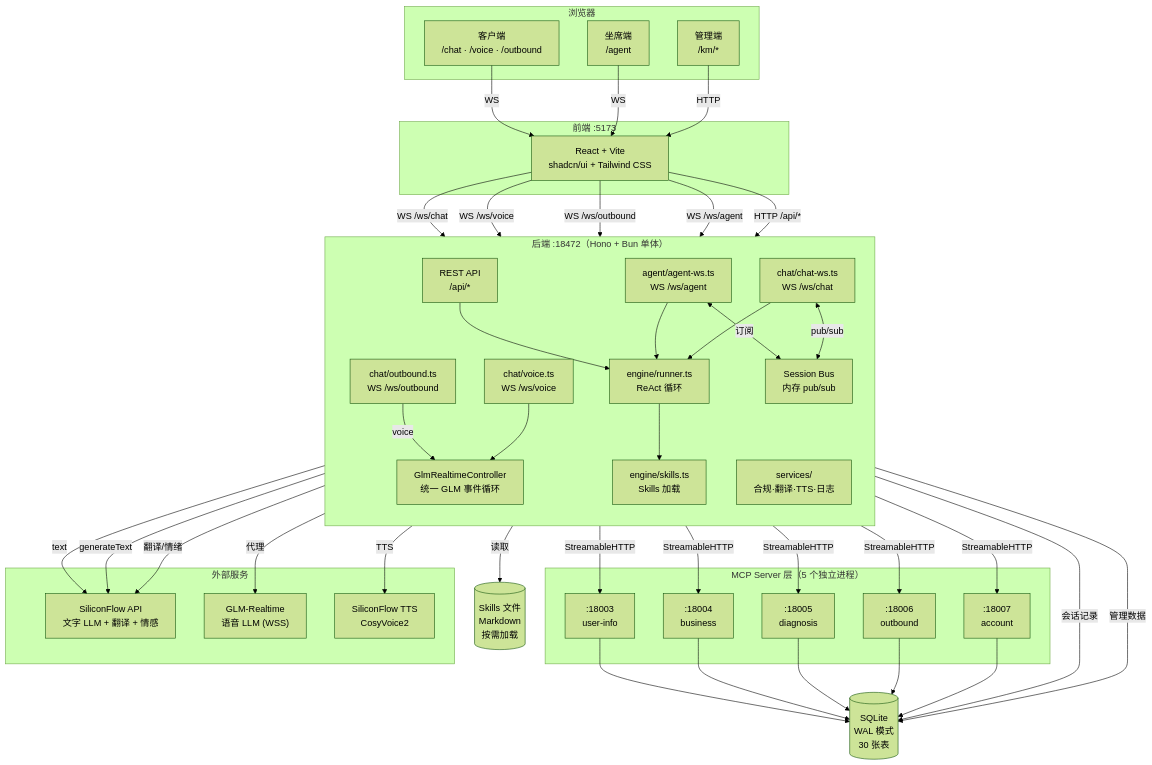
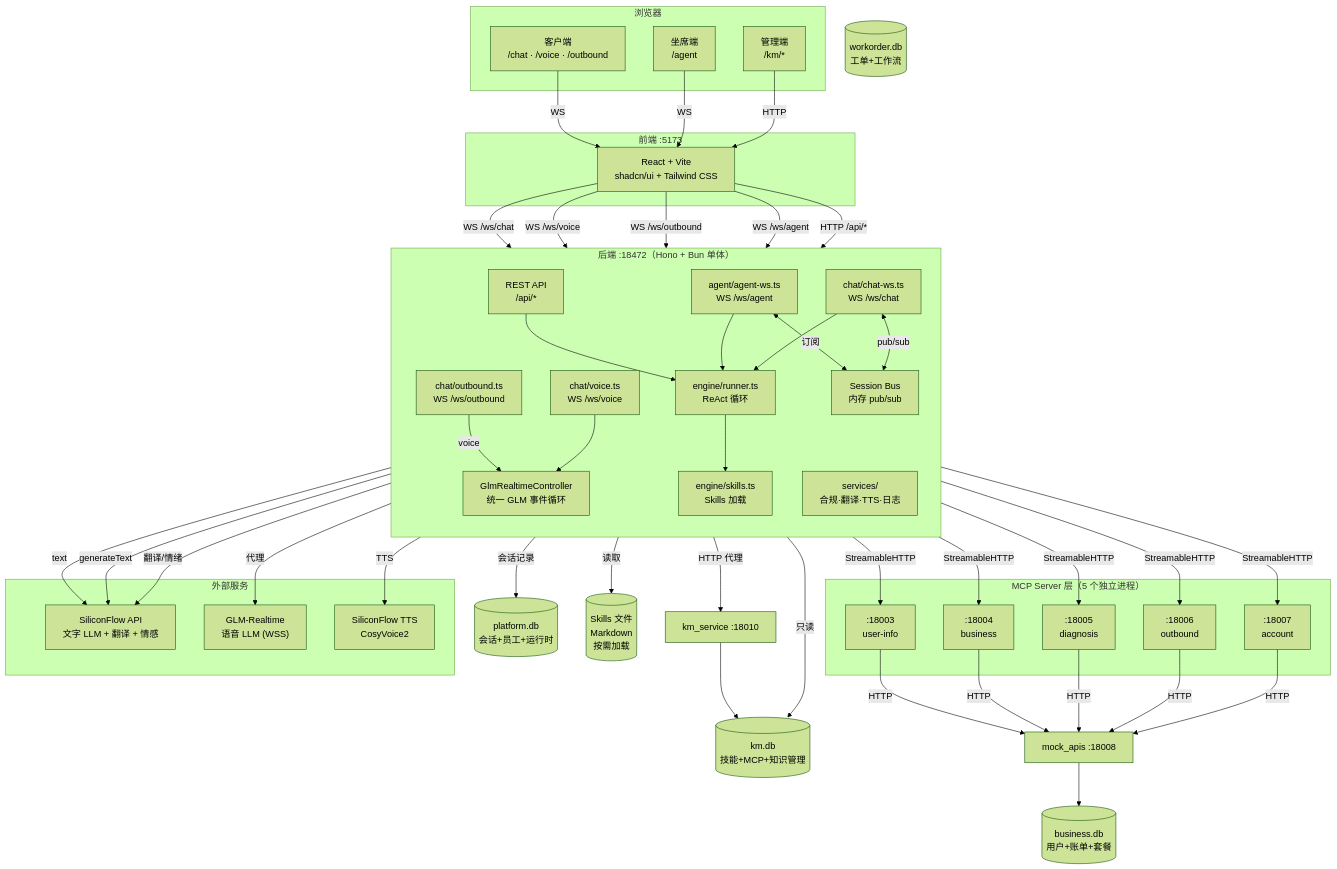
Before and after one commit to cacling/ai-bot: the first of 2 diagrams in .specify/specs/000-baseline/plan.md, drawn with Mermaid (forest theme). The commit also changed other lines of this file and 31 other files, not shown here.

````diff
--- a/.specify/specs/000-baseline/plan.md
+++ b/.specify/specs/000-baseline/plan.md
@@ -69,7 +69,10 @@
         TTS_API["SiliconFlow TTS<br/>CosyVoice2"]
     end
 
-    DB[("SQLite<br/>WAL 模式<br/>30 张表")]
+    DB_KM[("km.db<br/>技能+MCP+知识管理")]
+    DB_PLAT[("platform.db<br/>会话+员工+运行时")]
+    DB_BIZ[("business.db<br/>用户+账单+套餐")]
+    DB_WO[("workorder.db<br/>工单+工作流")]
     SK[("Skills 文件<br/>Markdown<br/>按需加载")]
 
     U -->|"WS"| FE
@@ -104,11 +107,14 @@
     SVC -->|"翻译/情绪"| SF
     SVC -->|"TTS"| TTS_API
 
-    MCP1 --> DB
-    MCP2 --> DB
-    MCP3 --> DB
-    MCP4 --> DB
-    MCP5 --> DB
-    ENGINE -->|"会话记录"| DB
-    REST -->|"管理数据"| DB
+    MCP1 -->|"HTTP"| MCP_MOCK["mock_apis :18008"]
+    MCP2 -->|"HTTP"| MCP_MOCK
+    MCP3 -->|"HTTP"| MCP_MOCK
+    MCP4 -->|"HTTP"| MCP_MOCK
+    MCP5 -->|"HTTP"| MCP_MOCK
+    MCP_MOCK --> DB_BIZ
+    ENGINE -->|"会话记录"| DB_PLAT
+    ENGINE -->|"只读"| DB_KM
+    REST -->|"HTTP 代理"| KM_SVC["km_service :18010"]
+    KM_SVC --> DB_KM
 ```
````
